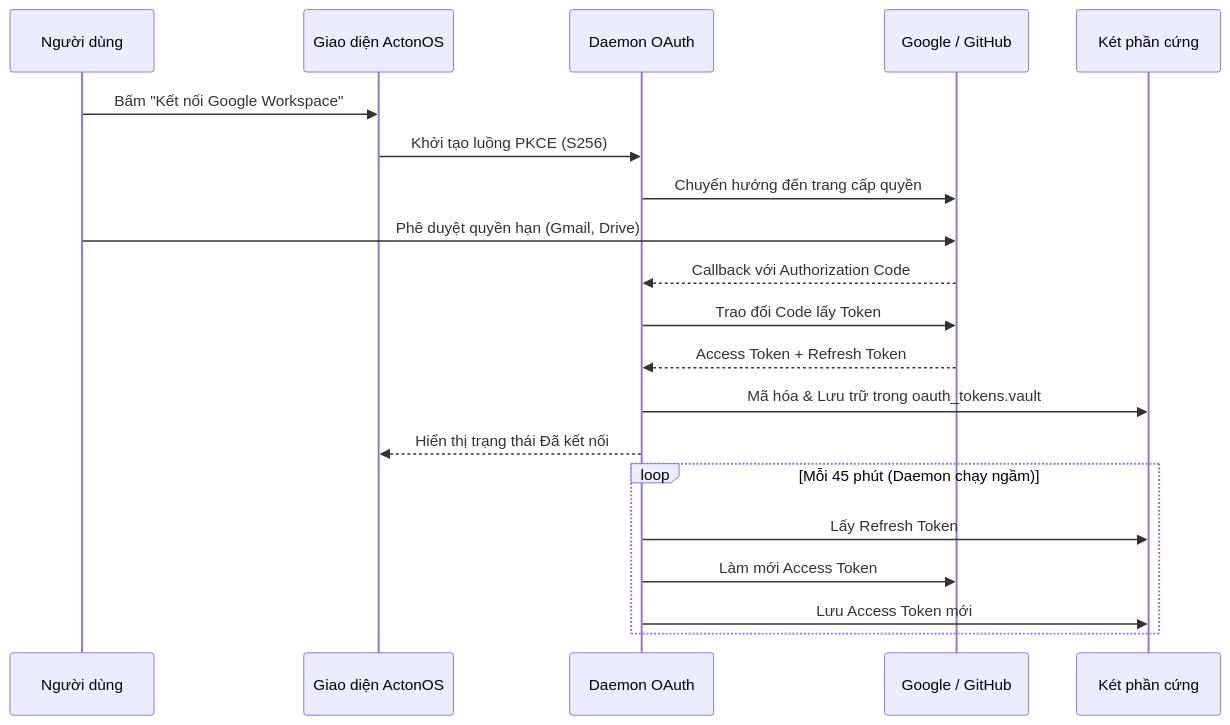
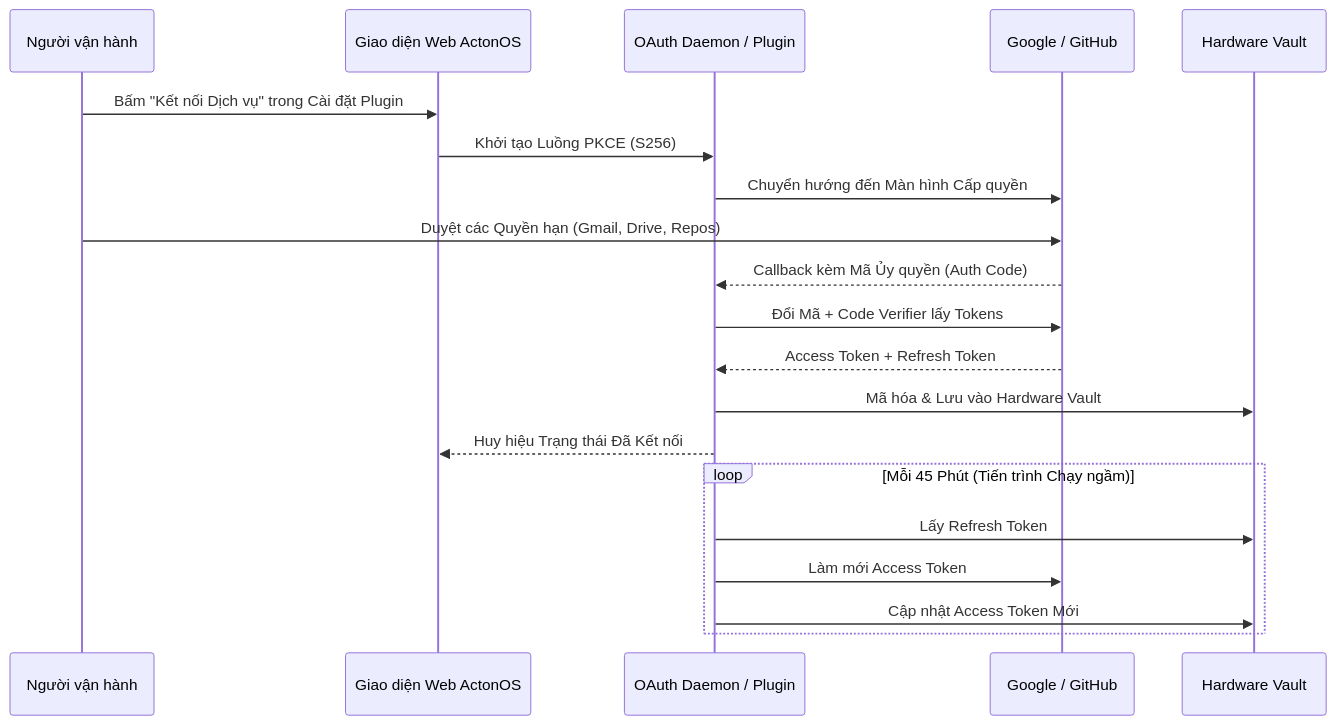
One commit to actonos/docs changed the diagram in i18n/vi/docusaurus-plugin-content-docs/current/user-guide/connectors.mdx. Above: the diagram before and after it, drawn with Mermaid. The commit also changed other lines of this file and 57 other files, not shown here.

````diff
--- a/i18n/vi/docusaurus-plugin-content-docs/current/user-guide/connectors.mdx
+++ b/i18n/vi/docusaurus-plugin-content-docs/current/user-guide/connectors.mdx
@@ -12,24 +12,24 @@
 ```mermaid
 sequenceDiagram
-    participant User as Người dùng
-    participant UI as Giao diện ActonOS
-    participant Auth as Daemon OAuth
+    participant User as Người vận hành
+    participant UI as Giao diện Web ActonOS
+    participant Auth as OAuth Daemon / Plugin
     participant SaaS as Google / GitHub
-    participant Vault as Két phần cứng
+    participant Vault as Hardware Vault
 
-    User->>UI: Bấm "Kết nối Google Workspace"
-    UI->>Auth: Khởi tạo luồng PKCE (S256)
-    Auth->>SaaS: Chuyển hướng đến trang cấp quyền
-    User->>SaaS: Phê duyệt quyền hạn (Gmail, Drive)
-    SaaS-->>Auth: Callback với Authorization Code
-    Auth->>SaaS: Trao đổi Code lấy Token
+    User->>UI: Bấm "Kết nối Dịch vụ" trong Cài đặt Plugin
+    UI->>Auth: Khởi tạo Luồng PKCE (S256)
+    Auth->>SaaS: Chuyển hướng đến Màn hình Cấp quyền
+    User->>SaaS: Duyệt các Quyền hạn (Gmail, Drive, Repos)
+    SaaS-->>Auth: Callback kèm Mã Ủy quyền (Auth Code)
+    Auth->>SaaS: Đổi Mã + Code Verifier lấy Tokens
     SaaS-->>Auth: Access Token + Refresh Token
-    Auth->>Vault: Mã hóa & Lưu trữ trong oauth_tokens.vault
-    Auth-->>UI: Hiển thị trạng thái Đã kết nối
+    Auth->>Vault: Mã hóa & Lưu vào Hardware Vault
+    Auth-->>UI: Huy hiệu Trạng thái Đã Kết nối
     
-    loop Mỗi 45 phút (Daemon chạy ngầm)
+    loop Mỗi 45 Phút (Tiến trình Chạy ngầm)
         Auth->>Vault: Lấy Refresh Token
         Auth->>SaaS: Làm mới Access Token
-        Auth->>Vault: Lưu Access Token mới
+        Auth->>Vault: Cập nhật Access Token Mới
     end
 ```
````
